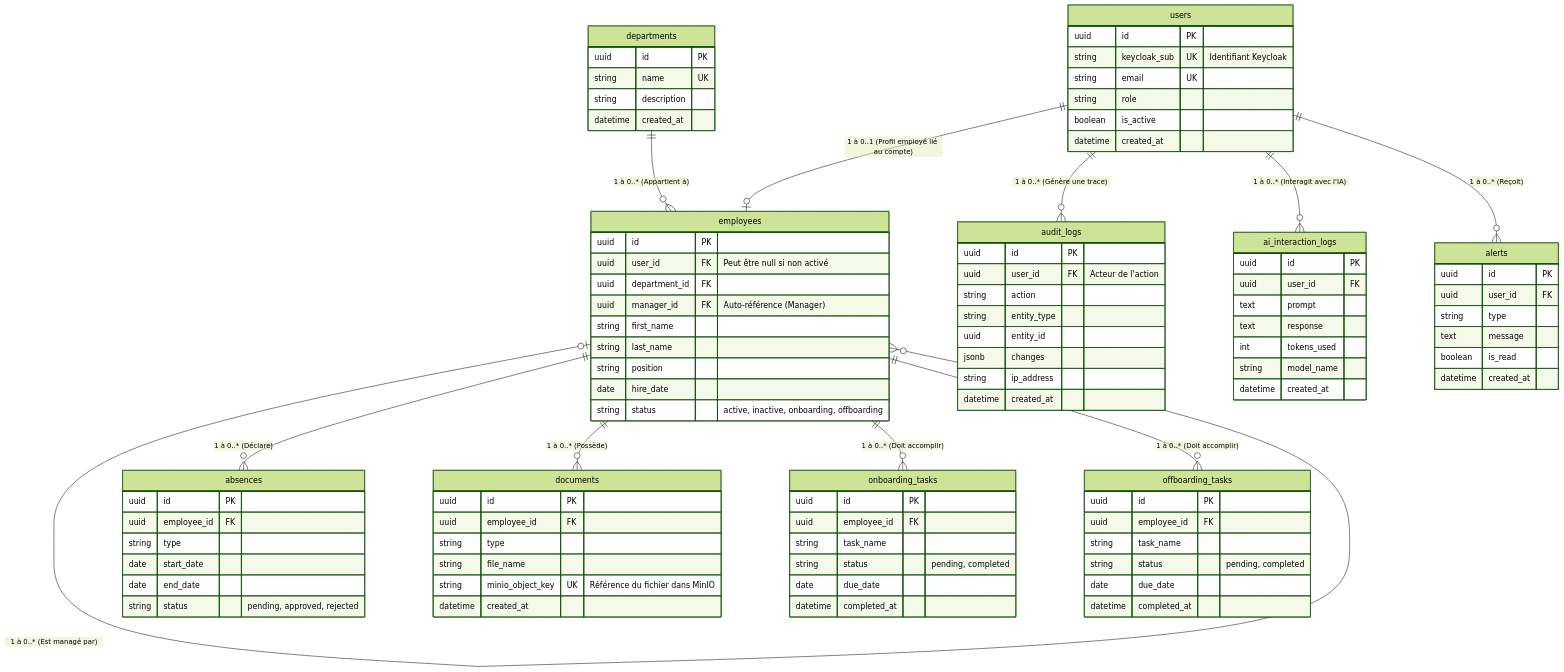
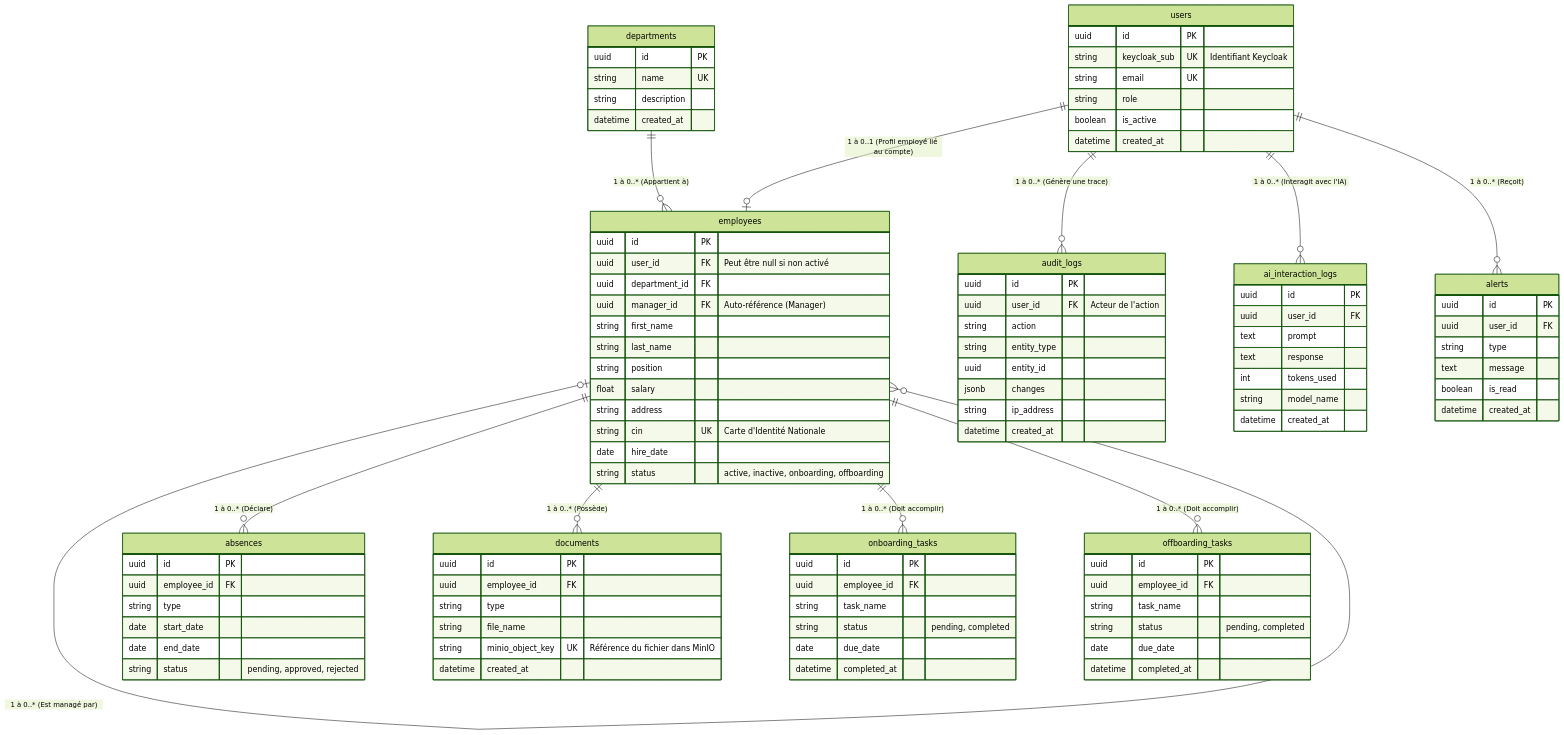
One commit to Privyteproject/SD_26 changed the diagram in docs/MCD.md. Above: the diagram before and after it, drawn with Mermaid (forest theme). The commit also changed 2 other files, not shown here.

Commit message:
feat(db): Add salary, address and cin to Employee model

```diff
--- a/docs/MCD.md
+++ b/docs/MCD.md
@@ -23,6 +23,9 @@
         string first_name
         string last_name
         string position
+        float salary
+        string address
+        string cin UK "Carte d'Identité Nationale"
         date hire_date
         string status "active, inactive, onboarding, offboarding"
     }
```
